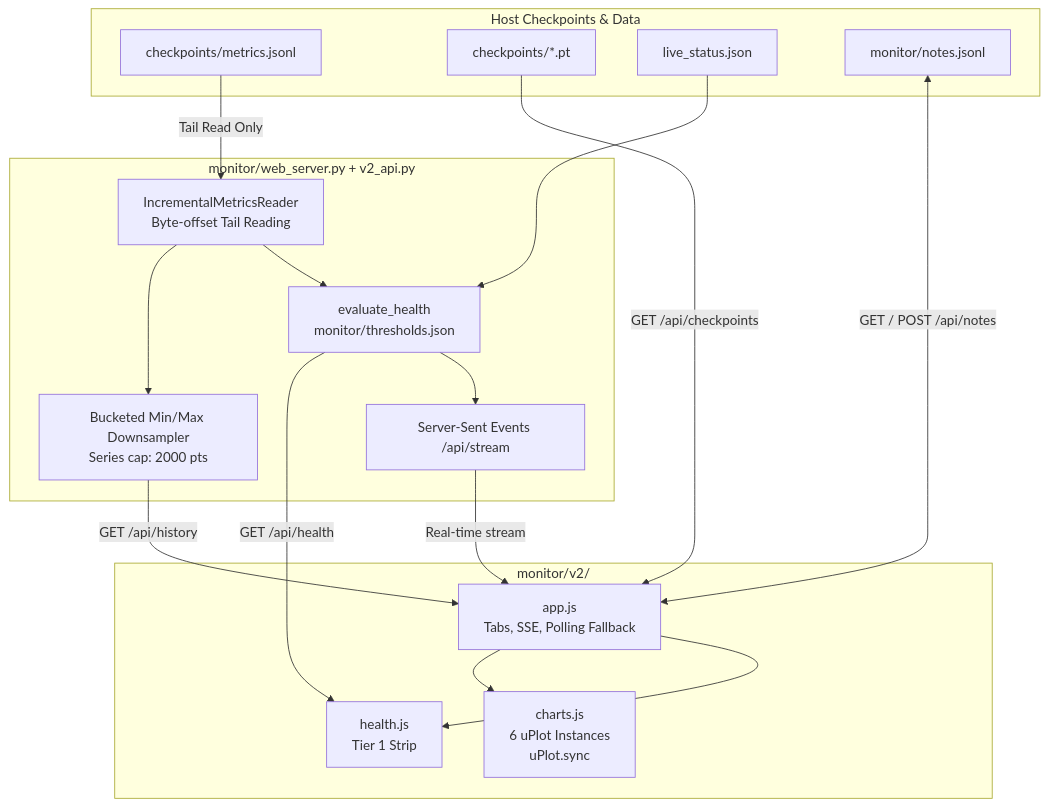
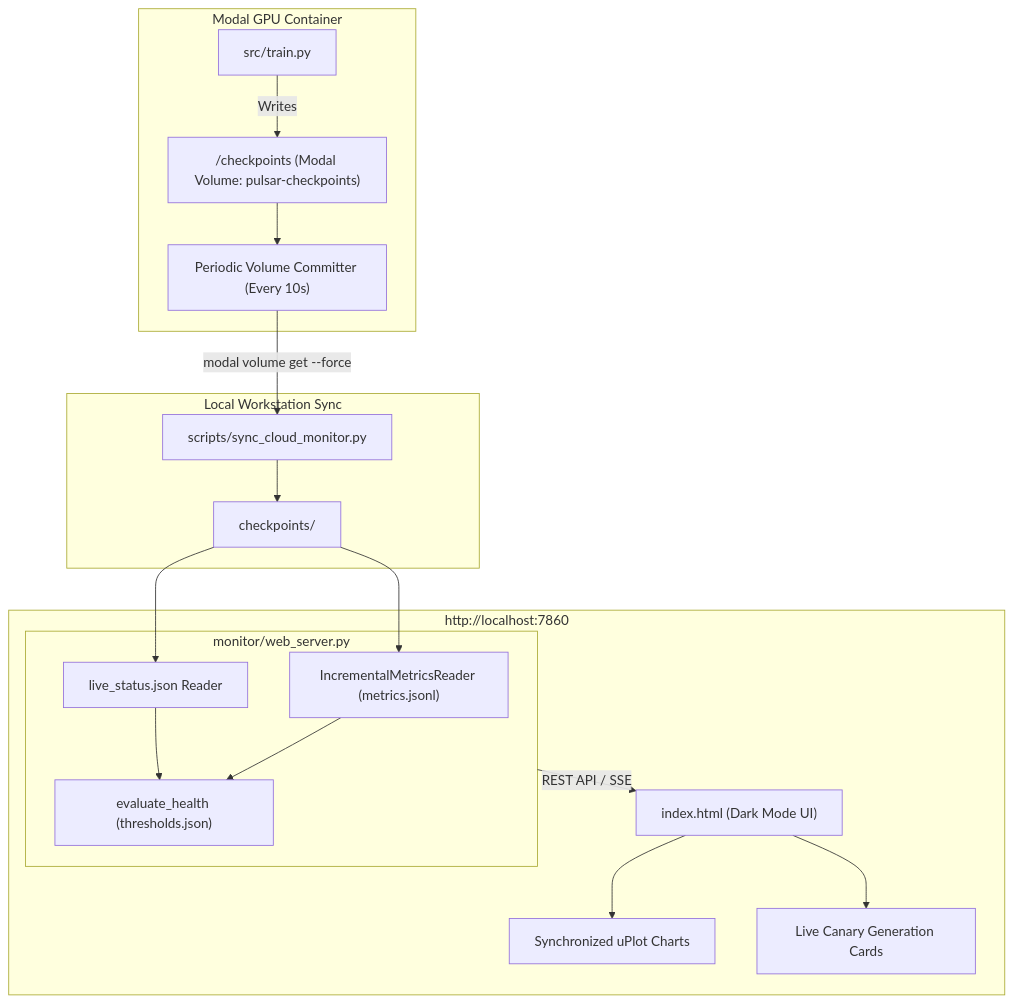
One commit to yashwk/pulsar-300m changed the diagram in docs/MONITOR.md. Above: the diagram before and after it, drawn with Mermaid. The commit also changed other lines of this file and 8 other files, not shown here.

Commit message:
Update documentation to match current architecture, curriculum, and cloud operations; add DevEx inspector and Makefile

````diff
--- a/docs/MONITOR.md
+++ b/docs/MONITOR.md
@@ -53,35 +19,36 @@
 ```mermaid
 flowchart TD
-    subgraph Filesystem [Host Checkpoints & Data]
-        M[checkpoints/metrics.jsonl]
-        C[checkpoints/*.pt]
-        L[live_status.json]
-        N[monitor/notes.jsonl]
+    subgraph Cloud [Modal GPU Container]
+        TRAIN[src/train.py]
+        VOL_DIR["/checkpoints (Modal Volume: pulsar-checkpoints)"]
+        COMMIT["Periodic Volume Committer (Every 10s)"]
+        TRAIN -->|Writes| VOL_DIR
+        VOL_DIR --> COMMIT
     end
 
-    subgraph Backend [monitor/web_server.py + v2_api.py]
-        IR[IncrementalMetricsReader\nByte-offset Tail Reading]
-        DS[Bucketed Min/Max Downsampler\nSeries cap: 2000 pts]
-        EH[evaluate_health\nmonitor/thresholds.json]
-        SSE[Server-Sent Events /api/stream]
+    subgraph SyncDaemon [Local Workstation Sync]
+        SYNC["scripts/sync_cloud_monitor.py"]
+        LOCAL_DIR["checkpoints/"]
+        COMMIT -->|modal volume get --force| SYNC
+        SYNC --> LOCAL_DIR
     end
 
-    subgraph Frontend [monitor/v2/]
-        H[health.js\nTier 1 Strip]
-        UC[charts.js\n6 uPlot Instances\nuPlot.sync]
-        AP[app.js\nTabs, SSE, Polling Fallback]
+    subgraph WebServer [monitor/web_server.py]
+        IR["IncrementalMetricsReader (metrics.jsonl)"]
+        LIVE["live_status.json Reader"]
+        HEALTH["evaluate_health (thresholds.json)"]
+        LOCAL_DIR --> IR
+        LOCAL_DIR --> LIVE
+        IR --> HEALTH
+        LIVE --> HEALTH
     end
 
-    M -->|Tail Read Only| IR
-    IR --> DS
-    IR --> EH
-    L --> EH
-    DS -->|GET /api/history| AP
-    EH -->|GET /api/health| H
-    C -->|GET /api/checkpoints| AP
-    N <-->|GET / POST /api/notes| AP
-    EH --> SSE
-    SSE -->|Real-time stream| AP
-    AP --> UC
-    AP --> H
+    subgraph BrowserUI [http://localhost:7860]
+        INDEX["index.html (Dark Mode UI)"]
+        CHARTS["Synchronized uPlot Charts"]
+        CANARIES["Live Canary Generation Cards"]
+        WebServer -->|REST API / SSE| INDEX
+        INDEX --> CHARTS
+        INDEX --> CANARIES
+    end
 ```
````
